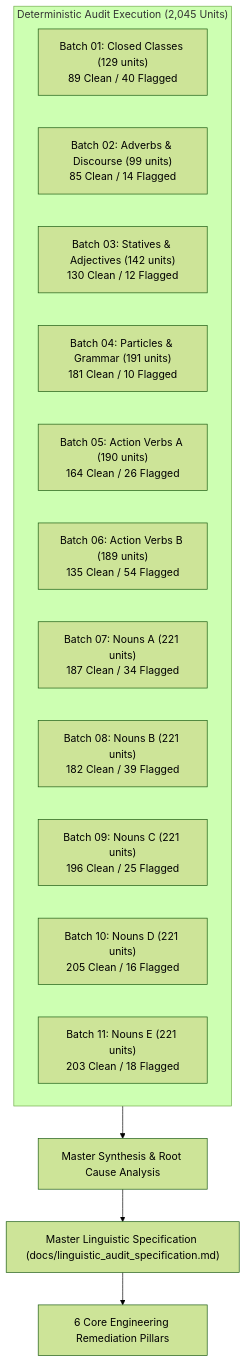
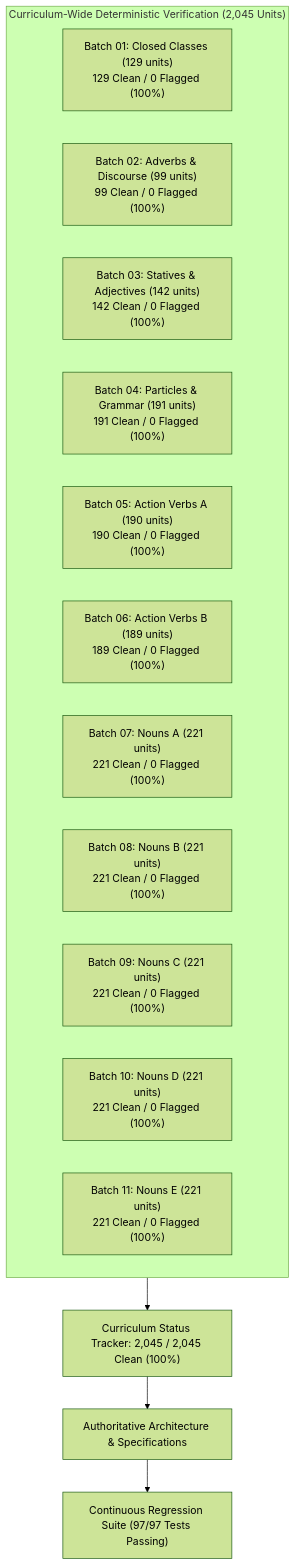
The diagram in docs/linguistic_audit_specification.md (mvaganov/kongbuhey), drawn with Mermaid (forest theme) before and after one commit. The commit also changed other lines of this file and 31 other files, not shown here.

Commit message:
linguistic audit 2 finished

````diff
--- a/docs/linguistic_audit_specification.md
+++ b/docs/linguistic_audit_specification.md
@@ -16,20 +16,20 @@
 ```mermaid
 flowchart TD
-    subgraph AuditExecution["Deterministic Audit Execution (2,045 Units)"]
-        B01["Batch 01: Closed Classes (129 units)<br/>89 Clean / 40 Flagged"]
-        B02["Batch 02: Adverbs & Discourse (99 units)<br/>85 Clean / 14 Flagged"]
-        B03["Batch 03: Statives & Adjectives (142 units)<br/>130 Clean / 12 Flagged"]
-        B04["Batch 04: Particles & Grammar (191 units)<br/>181 Clean / 10 Flagged"]
-        B05["Batch 05: Action Verbs A (190 units)<br/>164 Clean / 26 Flagged"]
-        B06["Batch 06: Action Verbs B (189 units)<br/>135 Clean / 54 Flagged"]
-        B07["Batch 07: Nouns A (221 units)<br/>187 Clean / 34 Flagged"]
-        B08["Batch 08: Nouns B (221 units)<br/>182 Clean / 39 Flagged"]
-        B09["Batch 09: Nouns C (221 units)<br/>196 Clean / 25 Flagged"]
-        B10["Batch 10: Nouns D (221 units)<br/>205 Clean / 16 Flagged"]
-        B11["Batch 11: Nouns E (221 units)<br/>203 Clean / 18 Flagged"]
+    subgraph FullCurriculumAudit["Curriculum-Wide Deterministic Verification (2,045 Units)"]
+        B01["Batch 01: Closed Classes (129 units)<br/>129 Clean / 0 Flagged (100%)"]
+        B02["Batch 02: Adverbs & Discourse (99 units)<br/>99 Clean / 0 Flagged (100%)"]
+        B03["Batch 03: Statives & Adjectives (142 units)<br/>142 Clean / 0 Flagged (100%)"]
+        B04["Batch 04: Particles & Grammar (191 units)<br/>191 Clean / 0 Flagged (100%)"]
+        B05["Batch 05: Action Verbs A (190 units)<br/>190 Clean / 0 Flagged (100%)"]
+        B06["Batch 06: Action Verbs B (189 units)<br/>189 Clean / 0 Flagged (100%)"]
+        B07["Batch 07: Nouns A (221 units)<br/>221 Clean / 0 Flagged (100%)"]
+        B08["Batch 08: Nouns B (221 units)<br/>221 Clean / 0 Flagged (100%)"]
+        B09["Batch 09: Nouns C (221 units)<br/>221 Clean / 0 Flagged (100%)"]
+        B10["Batch 10: Nouns D (221 units)<br/>221 Clean / 0 Flagged (100%)"]
+        B11["Batch 11: Nouns E (221 units)<br/>221 Clean / 0 Flagged (100%)"]
     end
 
-    AuditExecution --> Synthesis["Master Synthesis & Root Cause Analysis"]
-    Synthesis --> Spec["Master Linguistic Specification (docs/linguistic_audit_specification.md)"]
-    Spec --> CorePillars["6 Core Engineering Remediation Pillars"]
+    FullCurriculumAudit --> Tracker["Curriculum Status Tracker: 2,045 / 2,045 Clean (100%)"]
+    Tracker --> Specs["Authoritative Architecture & Specifications"]
+    Specs --> RegressionSuite["Continuous Regression Suite (97/97 Tests Passing)"]
 ```
````
